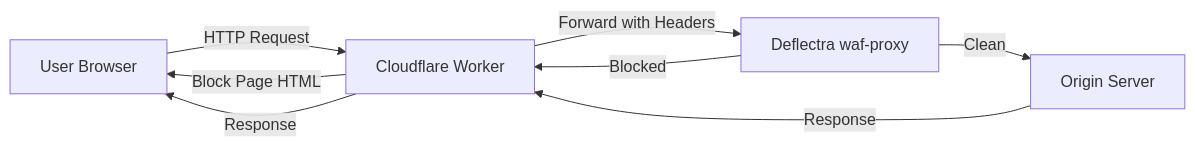
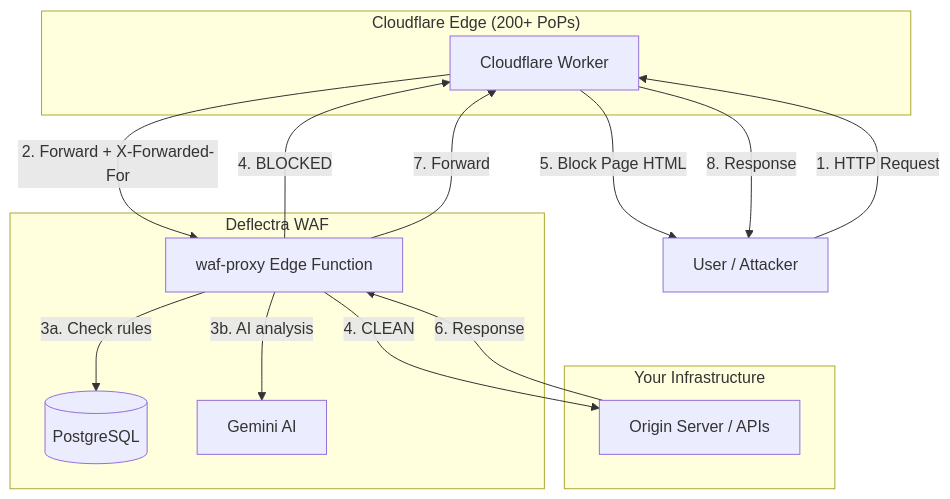
Before and after one commit to ritvikindupuri/globeguard-waf: the seventh of 9 diagrams in DOCUMENTATION.md, drawn with Mermaid. The commit also changed other lines of this file, not shown here.

Commit message:
Enhance Cloudflare flow

````diff
--- a/DOCUMENTATION.md
+++ b/DOCUMENTATION.md
@@ -567,10 +585,27 @@
 ```mermaid
-flowchart LR
-    USER[User Browser] -->|HTTP Request| CF_WORKER[Cloudflare Worker]
-    CF_WORKER -->|Forward with Headers| WAF[Deflectra waf-proxy]
-    WAF -->|Clean| ORIGIN[Origin Server]
-    WAF -->|Blocked| CF_WORKER
-    CF_WORKER -->|Block Page HTML| USER
-    ORIGIN -->|Response| CF_WORKER
-    CF_WORKER -->|Response| USER
+flowchart TB
+    subgraph Edge["Cloudflare Edge (200+ PoPs)"]
+        CF_WORKER[Cloudflare Worker]
+    end
+    
+    subgraph Deflectra["Deflectra WAF"]
+        WAF_PROXY[waf-proxy Edge Function]
+        DB[(PostgreSQL)]
+        GEMINI[Gemini AI]
+    end
+    
+    subgraph Origin["Your Infrastructure"]
+        ORIGIN[Origin Server / APIs]
+    end
+    
+    USER[User / Attacker] -->|1. HTTP Request| CF_WORKER
+    CF_WORKER -->|2. Forward + X-Forwarded-For| WAF_PROXY
+    WAF_PROXY -->|3a. Check rules| DB
+    WAF_PROXY -->|3b. AI analysis| GEMINI
+    WAF_PROXY -->|4. BLOCKED| CF_WORKER
+    CF_WORKER -->|5. Block Page HTML| USER
+    WAF_PROXY -->|4. CLEAN| ORIGIN
+    ORIGIN -->|6. Response| WAF_PROXY
+    WAF_PROXY -->|7. Forward| CF_WORKER
+    CF_WORKER -->|8. Response| USER
 ```
````
